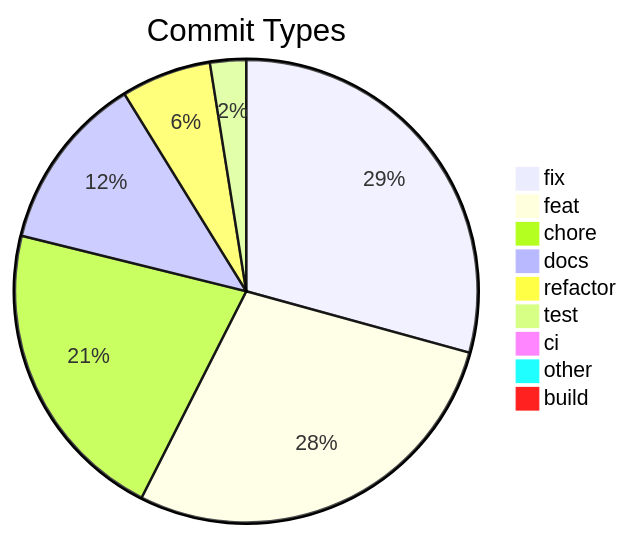
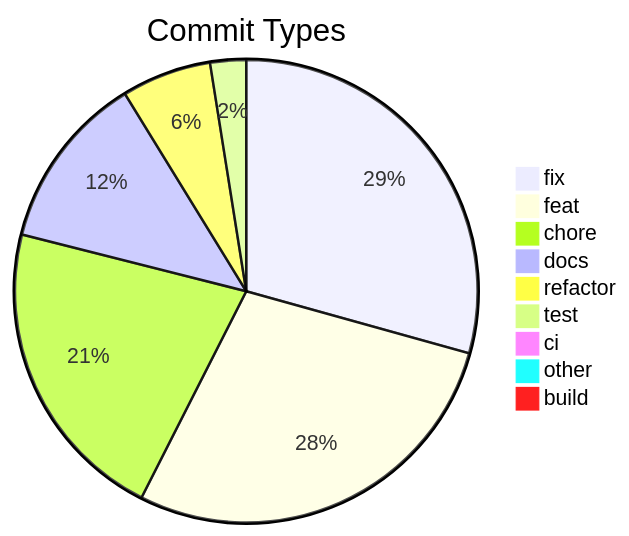
One commit to svenroth-ai/shipwright changed the diagram in .shipwright/compliance/change-history.md. Above: the diagram before and after it, drawn with Mermaid. The commit also changed other lines of this file and 7 other files, not shown here.

````diff
--- a/.shipwright/compliance/change-history.md
+++ b/.shipwright/compliance/change-history.md
@@ -9,12 +9,12 @@
 ```mermaid
 pie title Commit Types
-    "fix" : 349
-    "feat" : 336
-    "chore" : 255
+    "fix" : 351
+    "feat" : 337
+    "chore" : 257
     "docs" : 147
     "refactor" : 75
     "test" : 30
     "ci" : 11
     "other" : 9
     "build" : 1
 ```
````
